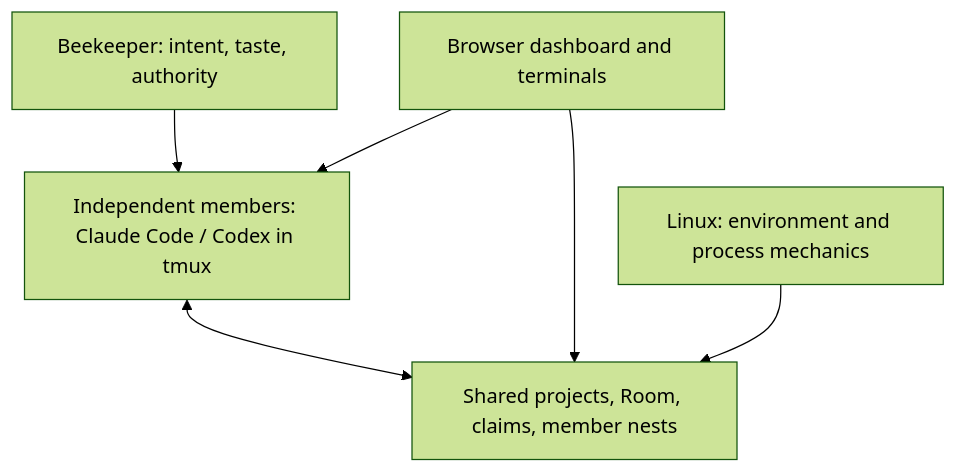
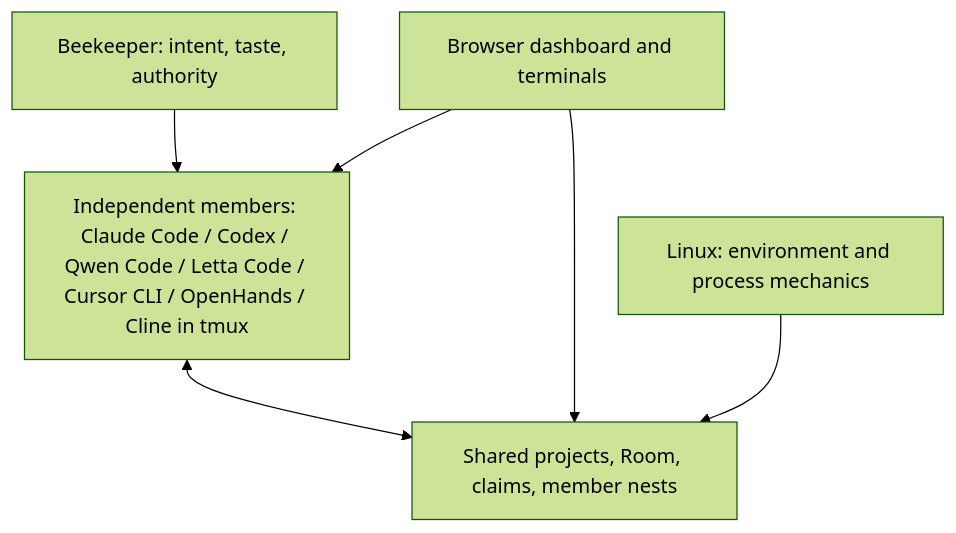
The diagram in README.md (PhucTruong-ctrl/agentic-hive), drawn with Mermaid (forest theme) before and after one commit. The commit also changed other lines of this file and 12 other files, not shown here.

````diff
--- a/README.md
+++ b/README.md
@@ -59,8 +60,8 @@
 ```mermaid
 flowchart TD
-    human["Beekeeper: intent, taste, authority"] --> members["Independent members: Claude Code / Codex in tmux"]
+    human["Beekeeper: intent, taste, authority"] --> members["Independent members: Claude Code / Codex / Qwen Code / Letta Code / Cursor CLI / OpenHands / Cline in tmux"]
     members <--> habitat["Shared projects, Room, claims, member nests"]
     dashboard["Browser dashboard and terminals"] --> members
     dashboard --> habitat
     unix["Linux: environment and process mechanics"] --> habitat
 ```
````
